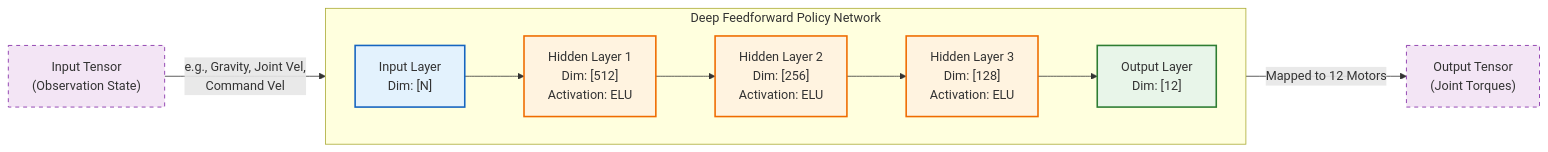
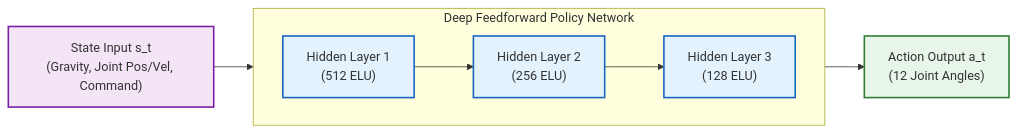
The first of 3 diagrams in README.md (Glen02lee/isaac-go2-rl-training), drawn with Mermaid before and after one commit. The commit also changed other lines of this file and 1 other file, not shown here.

Commit message:
docs: improve table column wrapping and simplify Mermaid diagrams for readability

````diff
--- a/README.md
+++ b/README.md
@@ -79,30 +79,25 @@
 ```mermaid
 graph LR
-    %% Colors and Styles
-    classDef inputLayer fill:#e3f2fd,stroke:#1565c0,stroke-width:2px;
-    classDef hiddenLayer fill:#fff3e0,stroke:#ef6c00,stroke-width:2px;
-    classDef outputLayer fill:#e8f5e9,stroke:#2e7d32,stroke-width:2px;
-    classDef tensor fill:#f3e5f5,stroke:#7b1fa2,stroke-width:1px,stroke-dasharray: 5 5;
+    %% Styles
+    classDef state fill:#f3e5f5,stroke:#7b1fa2,stroke-width:2px;
+    classDef layer fill:#e3f2fd,stroke:#1565c0,stroke-width:2px;
+    classDef output fill:#e8f5e9,stroke:#2e7d32,stroke-width:2px;
 
     %% Nodes
-    I_State["Input Tensor<br>(Observation State)"]:::tensor
+    State["State Input s_t<br>(Gravity, Joint Pos/Vel, Command)"]:::state
     
     subgraph MLP [Deep Feedforward Policy Network]
         direction LR
-        L1["Input Layer<br>Dim: [N]"]:::inputLayer
-        H1["Hidden Layer 1<br>Dim: [512]<br>Activation: ELU"]:::hiddenLayer
-        H2["Hidden Layer 2<br>Dim: [256]<br>Activation: ELU"]:::hiddenLayer
-        H3["Hidden Layer 3<br>Dim: [128]<br>Activation: ELU"]:::hiddenLayer
-        O1["Output Layer<br>Dim: [12]"]:::outputLayer
+        H1["Hidden Layer 1<br>(512 ELU)"]:::layer
+        H2["Hidden Layer 2<br>(256 ELU)"]:::layer
+        H3["Hidden Layer 3<br>(128 ELU)"]:::layer
     end
 
-    O_Action["Output Tensor<br>(Joint Torques)"]:::tensor
+    Action["Action Output a_t<br>(12 Joint Angles)"]:::output
 
-    %% Connections
-    I_State -->|e.g., Gravity, Joint Vel,<br>Command Vel| L1
-    L1 --> H1
+    %% Flow
+    State --> H1
     H1 --> H2
     H2 --> H3
-    H3 --> O1
-    O1 -->|Mapped to 12 Motors| O_Action
+    H3 --> Action
 ```
````
